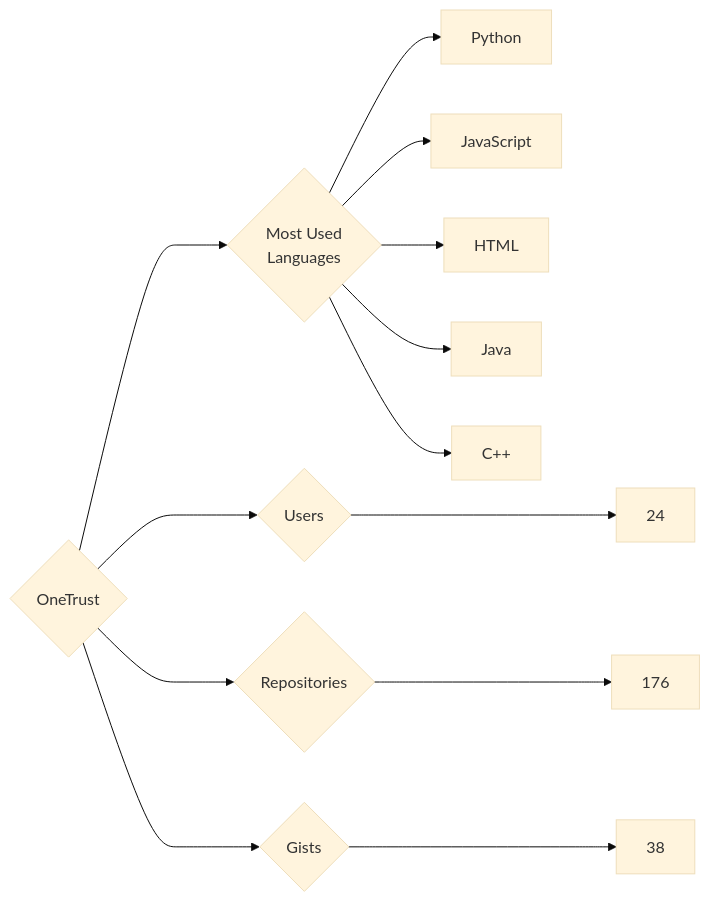
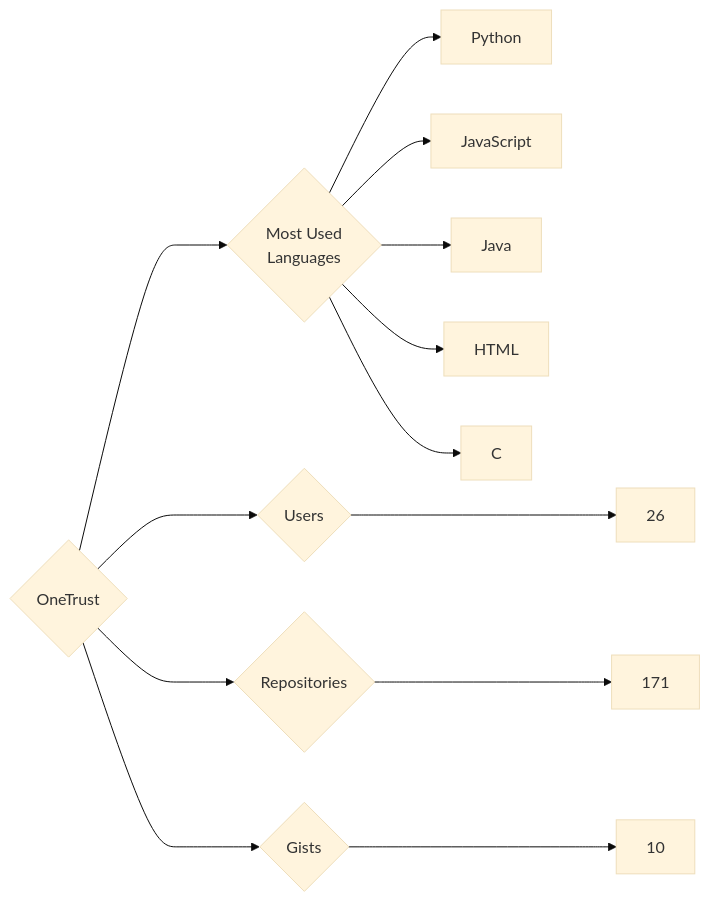
Before and after one commit to trickest/insiders: the diagram in targets/OneTrust/README.md, drawn with Mermaid (base theme). The commit also changed 829 other files, not shown here.

````diff
--- a/targets/OneTrust/README.md
+++ b/targets/OneTrust/README.md
@@ -3,13 +3,13 @@
 ```mermaid
 graph LR
 COMPANY_NAME{OneTrust}
-COMPANY_NAME ---> U{Users} ---> UN[24]
-COMPANY_NAME ---> R{Repositories} ---> RN[176]
-COMPANY_NAME ---> G{Gists} ---> GN[38]
+COMPANY_NAME ---> U{Users} ---> UN[26]
+COMPANY_NAME ---> R{Repositories} ---> RN[171]
+COMPANY_NAME ---> G{Gists} ---> GN[10]
 COMPANY_NAME ---> ML{Most Used<br>Languages}
 ML --> Python[Python]
 ML --> JavaScript[JavaScript]
+ML --> Java[Java]
 ML --> HTML[HTML]
-ML --> Java[Java]
-ML --> C++[C++]
+ML --> C[C]
 ```
````
